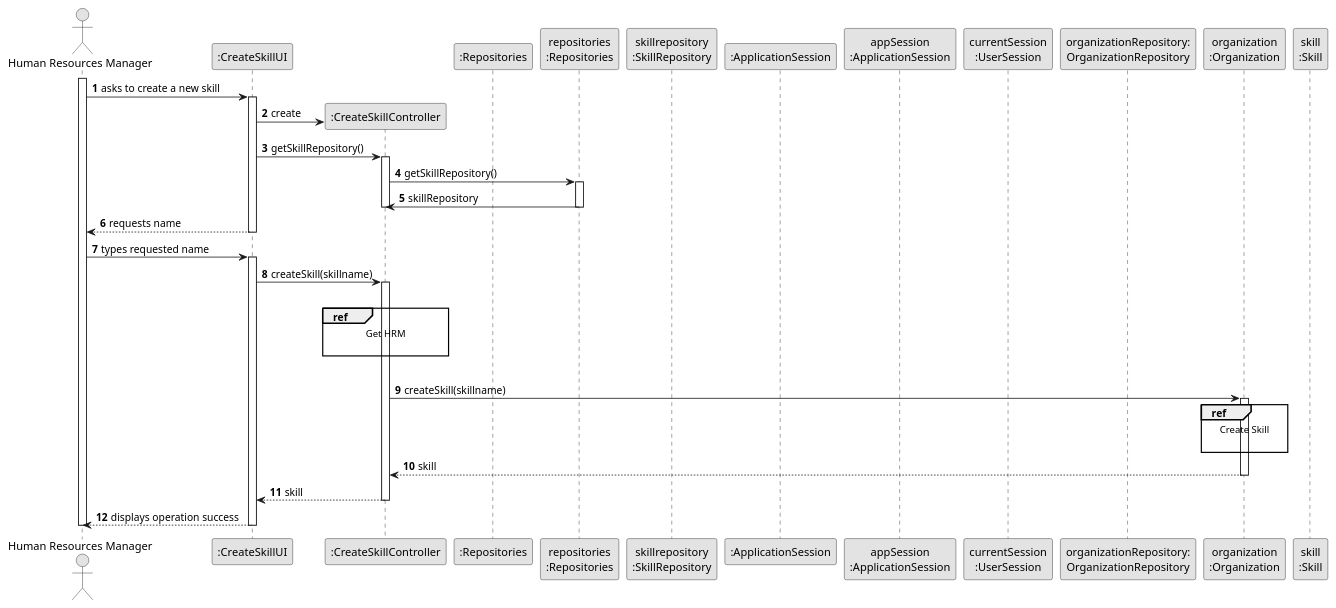
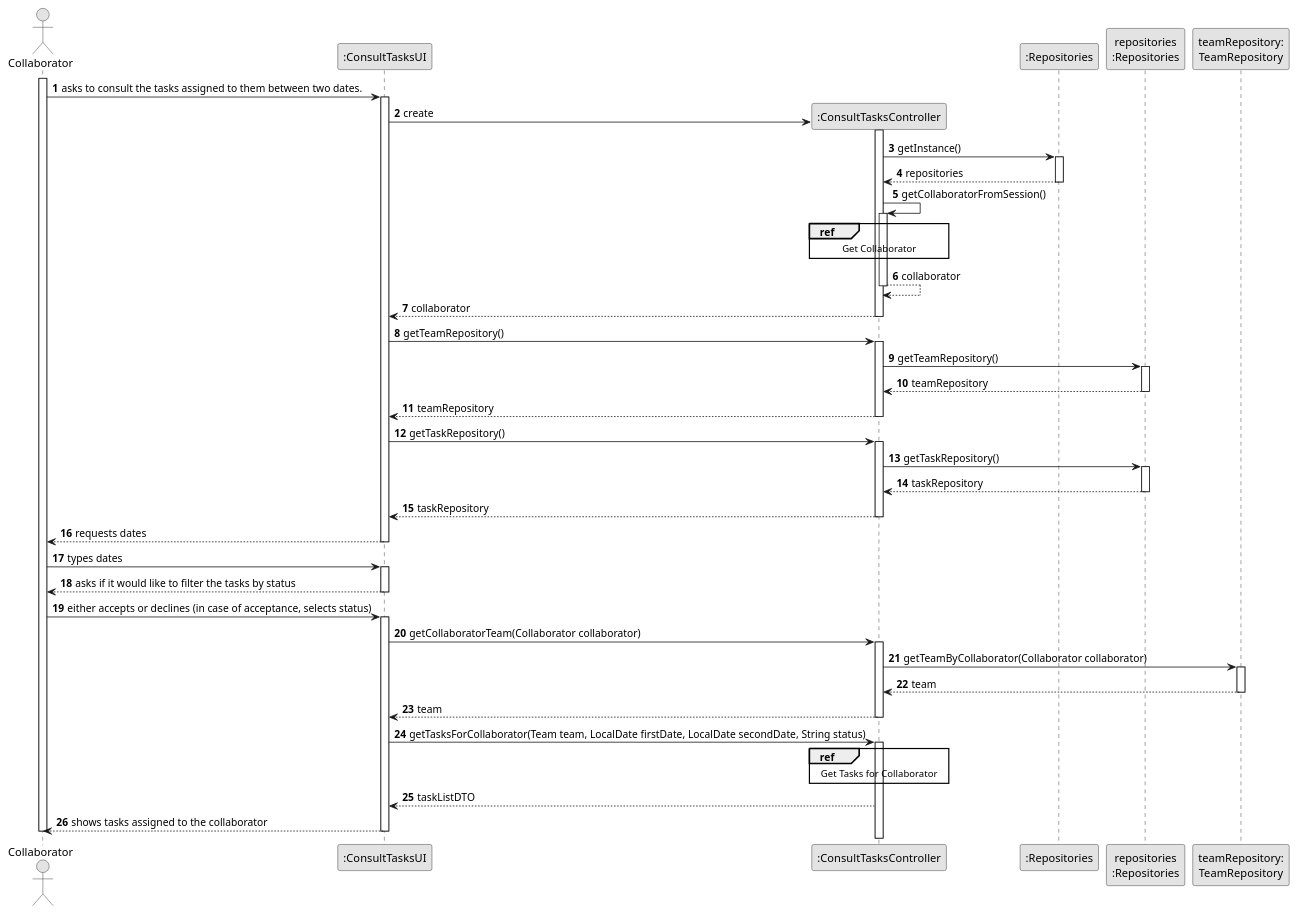
The diagram in docs/sprint3/us028/03.design/puml/us001-sequence-diagram-split.puml (tiagosoa/lei-24-s2-1dgh-g073), drawn with PlantUML before and after one commit. The commit also changed 20 other files, not shown here.

```diff
--- a/docs/sprint3/us028/03.design/puml/us001-sequence-diagram-split.puml
+++ b/docs/sprint3/us028/03.design/puml/us001-sequence-diagram-split.puml
@@ -1,76 +1,111 @@
 @startuml
 skinparam monochrome true
 skinparam packageStyle rectangle
 skinparam shadowing false
 
 autonumber
 
 'hide footbox
-actor "Human Resources Manager" as ADM
-participant ":CreateSkillUI" as UI
-participant ":CreateSkillController" as CTRL
+actor "Collaborator" as ADM
+participant ":ConsultTasksUI" as UI
+participant ":ConsultTasksController" as CTRL
 participant ":Repositories" as RepositorySingleton
 participant "repositories\n:Repositories" as PLAT
-participant "skillrepository\n:SkillRepository" as SR
-participant ":ApplicationSession" as _APP
-participant "appSession\n:ApplicationSession" as APP
-participant "currentSession\n:UserSession" as SESSAO
-participant "organizationRepository:\nOrganizationRepository" as OrganizationRepository
-participant "organization\n:Organization" as ORG
-participant "skill\n:Skill" as HABILIDADE
+participant "teamRepository:\nTeamRepository" as TER
+
 
 activate ADM
 
-        ADM -> UI : asks to create a new skill
+        ADM -> UI : asks to consult the tasks assigned to them between two dates.
 
         activate UI
 
-'            UI --> ADM : requests data (name)
+'            UI --> ADM : requests data (reference, description,  informal \n description, technical description, duration, cost)
             'create CTRL
             UI -> CTRL** : create
+            activate CTRL
 
-         UI -> CTRL : getSkillRepository()
-         activate CTRL
+                                  CTRL -> RepositorySingleton : getInstance()
+                                                    activate RepositorySingleton
 
-                 CTRL -> PLAT : getSkillRepository()
-                         activate PLAT
+                                                        RepositorySingleton --> CTRL: repositories
+                                                    deactivate RepositorySingleton
 
-                     PLAT -> CTRL : skillRepository
-                     deactivate PLAT
-    deactivate CTRL
-    UI --> ADM : requests name
-    deactivate UI
+                                                     CTRL -> CTRL : getCollaboratorFromSession()
+                                                     activate CTRL
 
-    ADM -> UI : types requested name
-    activate UI
+                                                     ref over CTRL
+                                                     Get Collaborator
+                                                     end
 
-        UI -> CTRL : createSkill(skillname)
+                                                         CTRL --> CTRL : collaborator
+                                                     deactivate CTRL
+
+                                                     CTRL --> UI : collaborator
+                                                     deactivate CTRL
+
+            UI -> CTRL : getTeamRepository()
+            activate CTRL
+
+                CTRL -> PLAT : getTeamRepository()
+                activate PLAT
+
+           PLAT --> CTRL : teamRepository
+           deactivate PLAT
+
+           CTRL --> UI : teamRepository
+           deactivate CTRL
+
+                       UI -> CTRL : getTaskRepository()
+                       activate CTRL
+
+                           CTRL -> PLAT : getTaskRepository()
+                           activate PLAT
+
+                      PLAT --> CTRL : taskRepository
+                      deactivate PLAT
+
+                      CTRL --> UI : taskRepository
+                      deactivate CTRL
+
+        UI --> ADM: requests dates
+        deactivate UI
+
+        ADM -> UI: types dates
+        activate UI
+
+                UI --> ADM: asks if it would like to filter the tasks by status
+                deactivate UI
+
+                ADM -> UI: either accepts or declines (in case of acceptance, selects status)
+                activate UI
+
+
+
+
+
+
+        UI -> CTRL : getCollaboratorTeam(Collaborator collaborator)
         activate CTRL
 
-            |||
-                                ref over CTRL
-                                    Get HRM
+        CTRL -> TER : getTeamByCollaborator(Collaborator collaborator)
+        activate TER
 
-                                end ref
+        TER --> CTRL : team
+        deactivate TER
 
-            |||
-            CTRL -> ORG: createSkill(skillname)
-            activate ORG
+        CTRL --> UI : team
+        deactivate CTRL
+        UI -> CTRL : getTasksForCollaborator(Team team, LocalDate firstDate, LocalDate secondDate, String status)
+         activate CTRL
+            ref over CTRL
+            Get Tasks for Collaborator
+            end
+            CTRL --> UI : taskListDTO
 
-                                    ref over ORG
-                                        Create Skill
-
-                                    end ref
-
-                ORG --> CTRL : skill
-
-            deactivate ORG
-
-            CTRL --> UI: skill
-            deactivate CTRL
-            UI --> ADM: displays operation success
+            UI --> ADM: shows tasks assigned to the collaborator
     deactivate UI
 
 deactivate ADM
 
 @enduml
```
